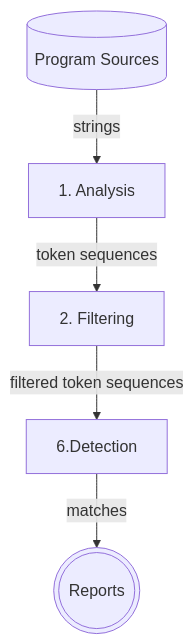
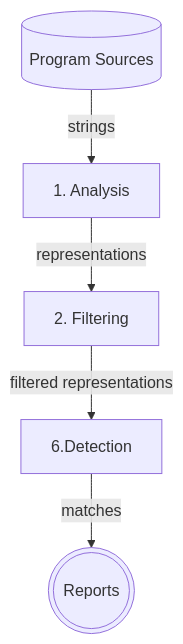
Before and after one commit to tassiLuca/code-plagiarism-detector-presentation: the first of 3 diagrams in content/_index.md, drawn with Mermaid. The commit also changed other lines of this file, not shown here.

````diff
--- a/content/_index.md
+++ b/content/_index.md
@@ -83,7 +83,7 @@
 ```mermaid
 flowchart TB
     sources[(Program Sources)] -- strings --> analysis[1. Analysis]
-    analysis -- token sequences --> filtering[2. Filtering]
-    filtering -- filtered token sequences --> Detection[6.Detection]
+    analysis -- representations --> filtering[2. Filtering]
+    filtering -- filtered representations --> Detection[6.Detection]
     Detection -- matches --> result(((Reports)))
 ```
````
